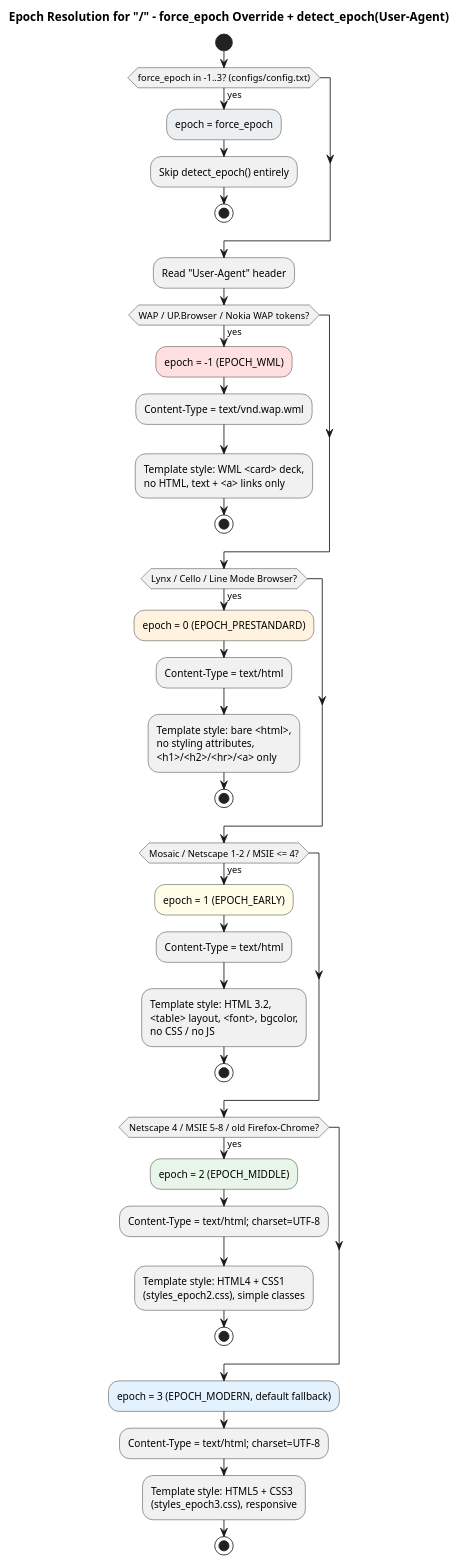
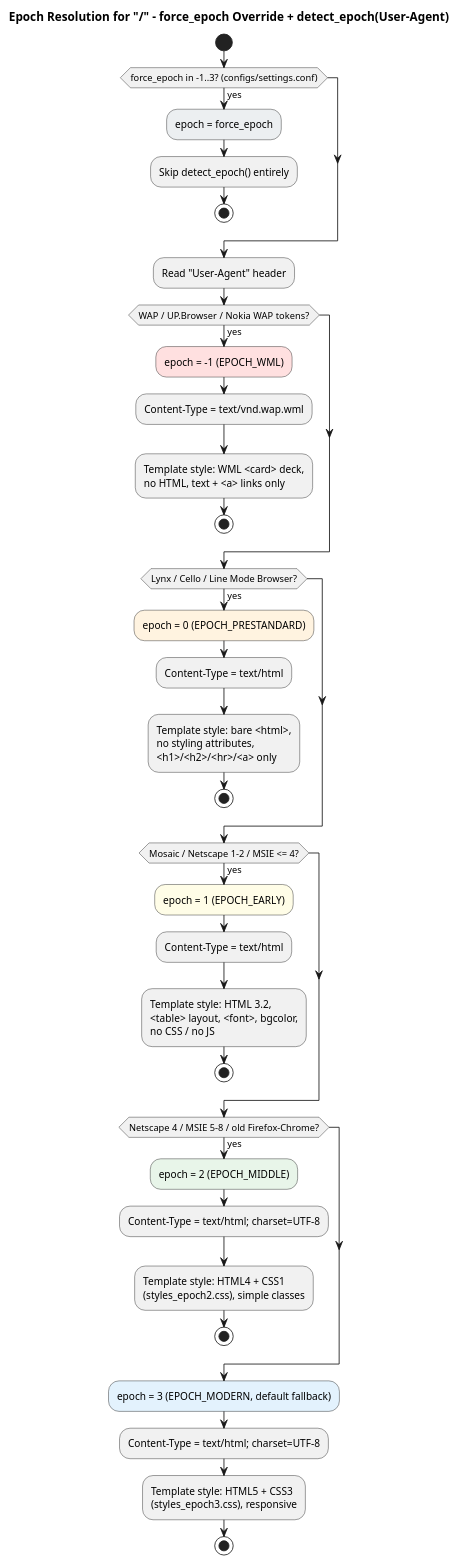
One commit to jpablotoledom/boat-rudder changed the first of 4 diagrams in develop_docs/boat-rudder.md. Above: the diagram before and after it, drawn with PlantUML. The commit also changed other lines of this file and 6 other files, not shown here.

````diff
--- a/develop_docs/boat-rudder.md
+++ b/develop_docs/boat-rudder.md
@@ -82,48 +82,48 @@
 ```plantuml
 @startuml epoch-decision
 title Epoch Resolution for "/" - force_epoch Override + detect_epoch(User-Agent)
 
 start
 
-if (force_epoch in -1..3? (configs/config.txt)) then (yes)
+if (force_epoch in -1..3? (configs/settings.conf)) then (yes)
   #ECEFF1:epoch = force_epoch;
   :Skip detect_epoch() entirely;
   stop
 endif
 
 :Read "User-Agent" header;
 
 if (WAP / UP.Browser / Nokia WAP tokens?) then (yes)
   #FFE0E0:epoch = -1 (EPOCH_WML);
   :Content-Type = text/vnd.wap.wml;
   :Template style: WML <card> deck,\nno HTML, text + <a> links only;
   stop
 endif
 
 if (Lynx / Cello / Line Mode Browser?) then (yes)
   #FFF3E0:epoch = 0 (EPOCH_PRESTANDARD);
   :Content-Type = text/html;
   :Template style: bare <html>,\nno styling attributes,\n<h1>/<h2>/<hr>/<a> only;
   stop
 endif
 
 if (Mosaic / Netscape 1-2 / MSIE <= 4?) then (yes)
   #FFFDE7:epoch = 1 (EPOCH_EARLY);
   :Content-Type = text/html;
   :Template style: HTML 3.2,\n<table> layout, <font>, bgcolor,\nno CSS / no JS;
   stop
 endif
 
 if (Netscape 4 / MSIE 5-8 / old Firefox-Chrome?) then (yes)
   #E8F5E9:epoch = 2 (EPOCH_MIDDLE);
   :Content-Type = text/html; charset=UTF-8;
   :Template style: HTML4 + CSS1\n(styles_epoch2.css), simple classes;
   stop
 endif
 
 #E3F2FD:epoch = 3 (EPOCH_MODERN, default fallback);
 :Content-Type = text/html; charset=UTF-8;
 :Template style: HTML5 + CSS3\n(styles_epoch3.css), responsive;
 stop
 @enduml
 ```
````
